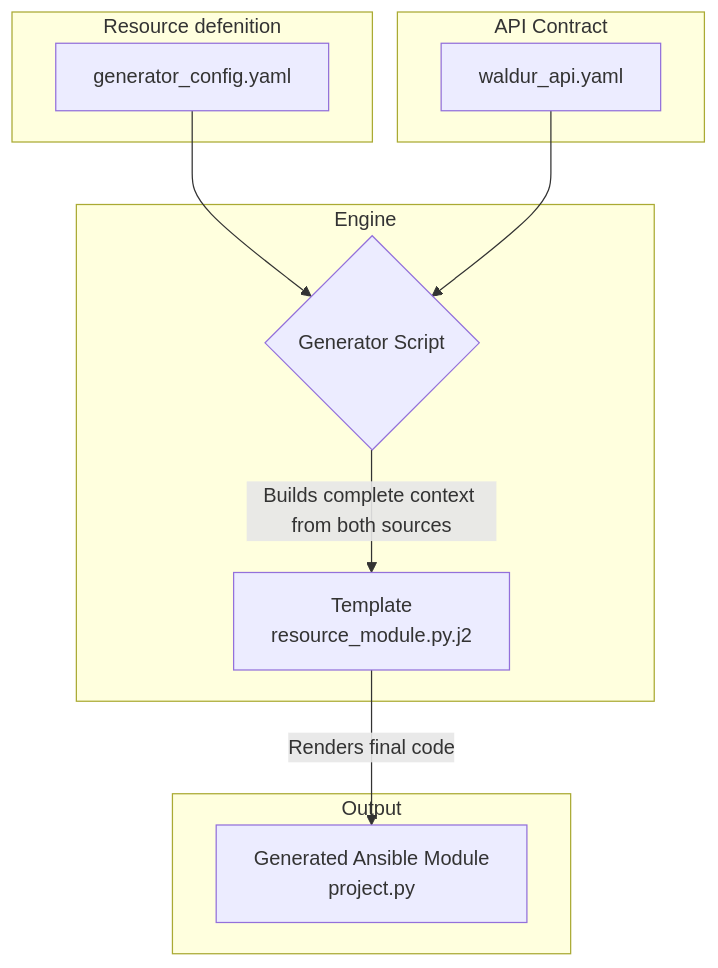
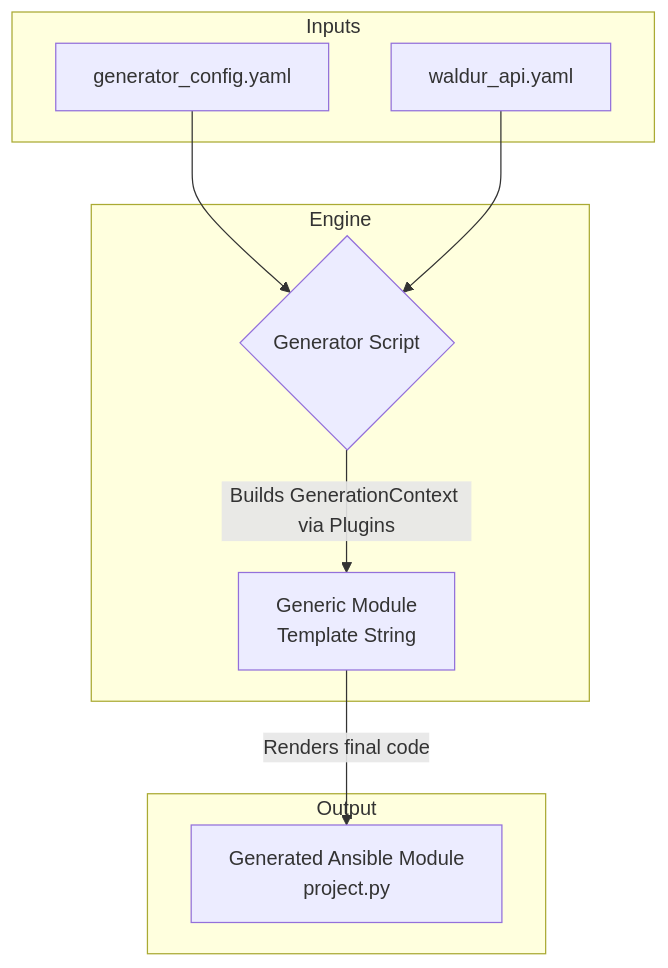
The first of 2 diagrams in README.md (waldur/ansible-waldur-generator), drawn with Mermaid before and after one commit. The commit also changed other lines of this file, not shown here.

````diff
--- a/README.md
+++ b/README.md
@@ -257,24 +257,21 @@
 ```mermaid
 graph TD
-    subgraph "API Contract"
+    subgraph "Inputs"
         B[waldur_api.yaml]
-    end
-
-    subgraph "Resource defenition"
         A[generator_config.yaml]
     end
 
     subgraph "Engine"
         C{Generator Script}
-        D[Template <br>resource_module.py.j2]
+        D[Generic Module <br>Template String]
     end
 
     subgraph "Output"
         E[Generated Ansible Module <br>project.py]
     end
 
     A --> C
     B --> C
-    C -- Builds complete context from both sources --> D
+    C -- Builds GenerationContext via Plugins --> D
     D -- Renders final code --> E
 ```
````
